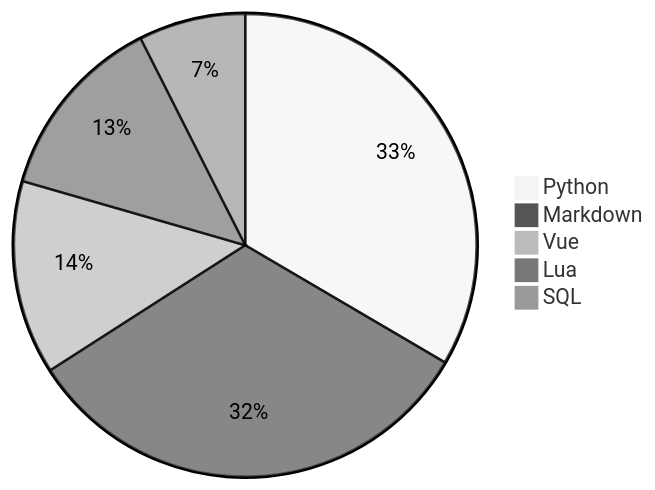
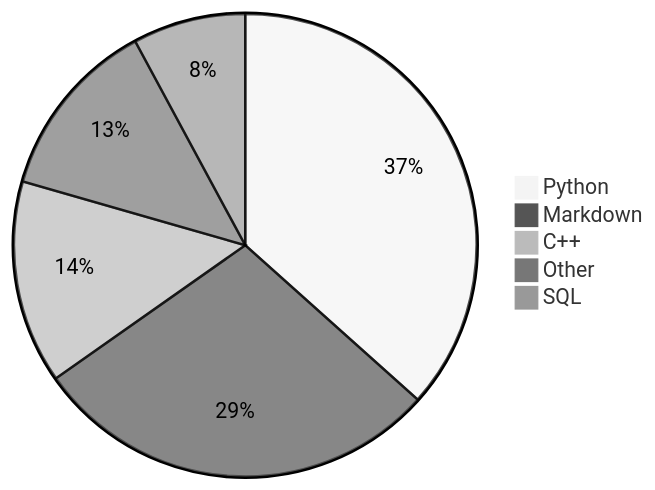
Before and after one commit to Alicia111/alicia111: the diagram in README.md, drawn with Mermaid (neutral theme).

Commit message:
Update WakaTime stats (・ω・)b

````diff
--- a/README.md
+++ b/README.md
@@ -32,8 +32,8 @@
 ```mermaid
 pie
-    "Python" : 31.31
-    "Markdown" : 30.4
-    "Vue" : 12.68
-    "Lua" : 12.24
-    "SQL" : 6.98
+    "Python" : 33.58
+    "Markdown" : 26.25
+    "C++" : 13.02
+    "Other" : 11.63
+    "SQL" : 7.22
 ```
````
